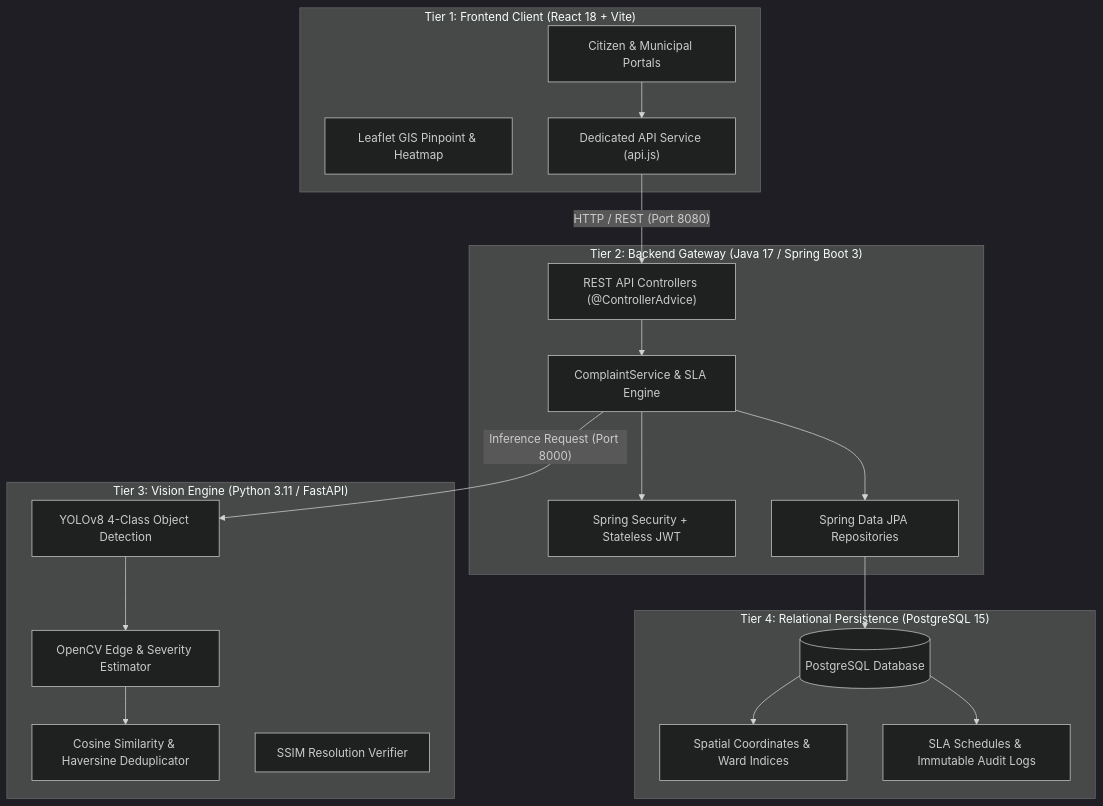
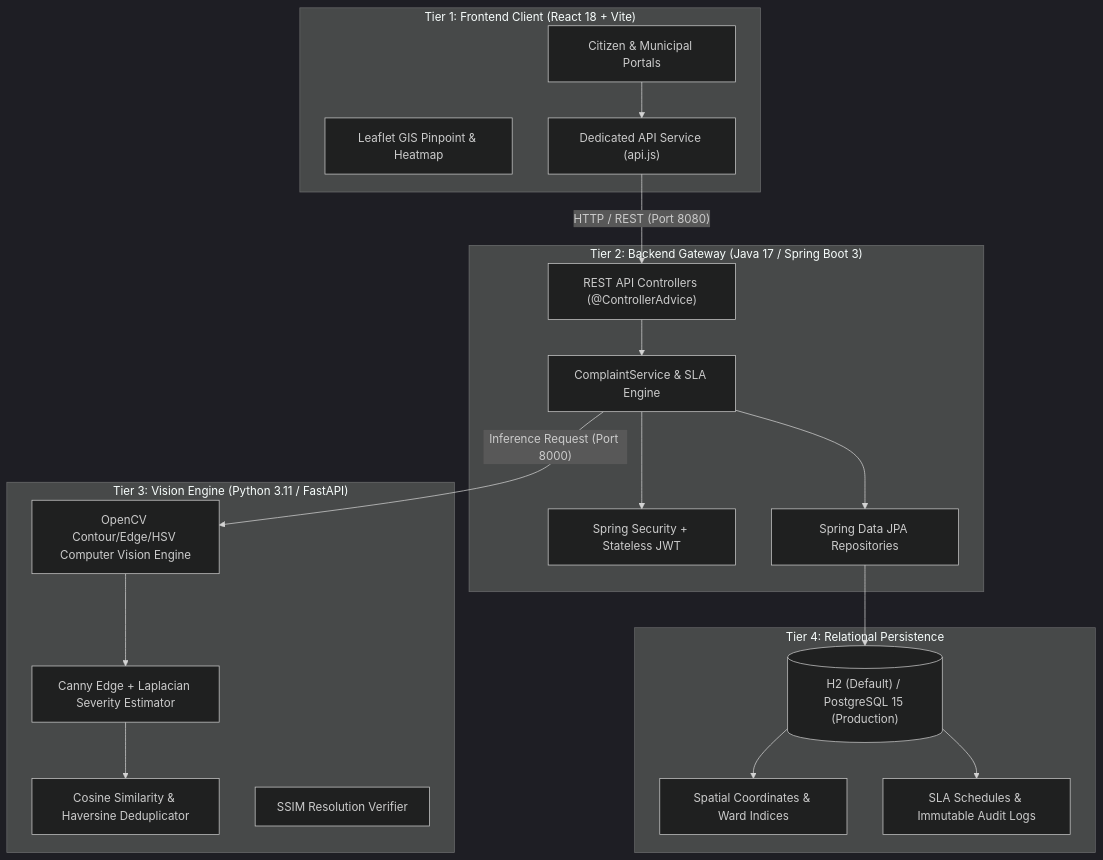
The diagram in README.md (1himanshu1804442/CivicConnect), drawn with Mermaid (dark theme) before and after one commit. The commit also changed other lines of this file and 4 other files, not shown here.

````diff
--- a/README.md
+++ b/README.md
@@ -29,40 +29,40 @@
 ```mermaid
 flowchart TD
     subgraph ClientTier ["Tier 1: Frontend Client (React 18 + Vite)"]
         UI["Citizen & Municipal Portals"]
         Map["Leaflet GIS Pinpoint & Heatmap"]
         AxiosClient["Dedicated API Service (api.js)"]
     end
 
     subgraph GatewayTier ["Tier 2: Backend Gateway (Java 17 / Spring Boot 3)"]
         Controller["REST API Controllers (@ControllerAdvice)"]
         Service["ComplaintService & SLA Engine"]
         Security["Spring Security + Stateless JWT"]
         Repo["Spring Data JPA Repositories"]
     end
 
     subgraph AITier ["Tier 3: Vision Engine (Python 3.11 / FastAPI)"]
-        YOLO["YOLOv8 4-Class Object Detection"]
-        CV["OpenCV Edge & Severity Estimator"]
+        CV["OpenCV Contour/Edge/HSV Computer Vision Engine"]
+        Severity["Canny Edge + Laplacian Severity Estimator"]
         Dedupe["Cosine Similarity & Haversine Deduplicator"]
         SSIM["SSIM Resolution Verifier"]
     end
 
-    subgraph PersistenceTier ["Tier 4: Relational Persistence (PostgreSQL 15)"]
-        DB[("PostgreSQL Database")]
+    subgraph PersistenceTier ["Tier 4: Relational Persistence"]
+        DB[("H2 (Default) / PostgreSQL 15 (Production)")]
         Spatial["Spatial Coordinates & Ward Indices"]
         Audit["SLA Schedules & Immutable Audit Logs"]
     end
 
     UI --> AxiosClient
     AxiosClient -->|"HTTP / REST (Port 8080)"| Controller
     Controller --> Service
     Service --> Security
-    Service -->|"Inference Request (Port 8000)"| YOLO
-    YOLO --> CV
-    CV --> Dedupe
+    Service -->|"Inference Request (Port 8000)"| CV
+    CV --> Severity
+    Severity --> Dedupe
     Service --> Repo
     Repo --> DB
     DB --> Spatial
     DB --> Audit
 ```
````
